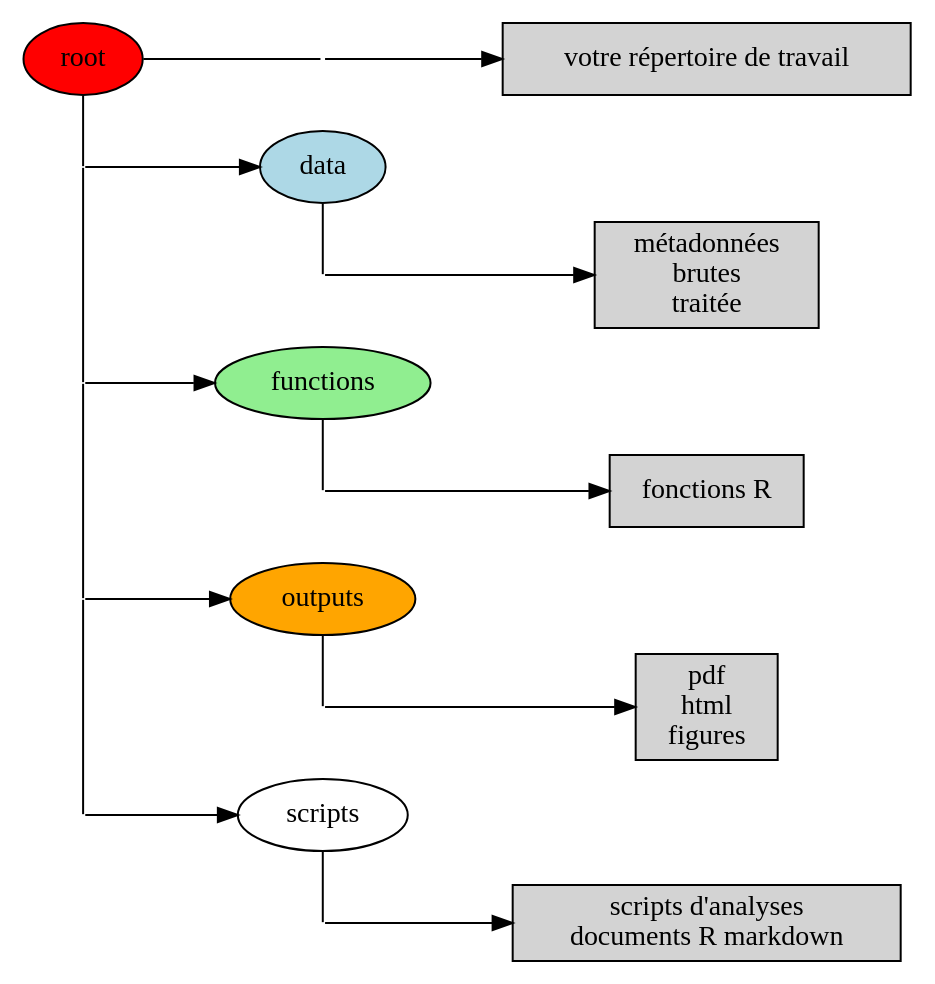
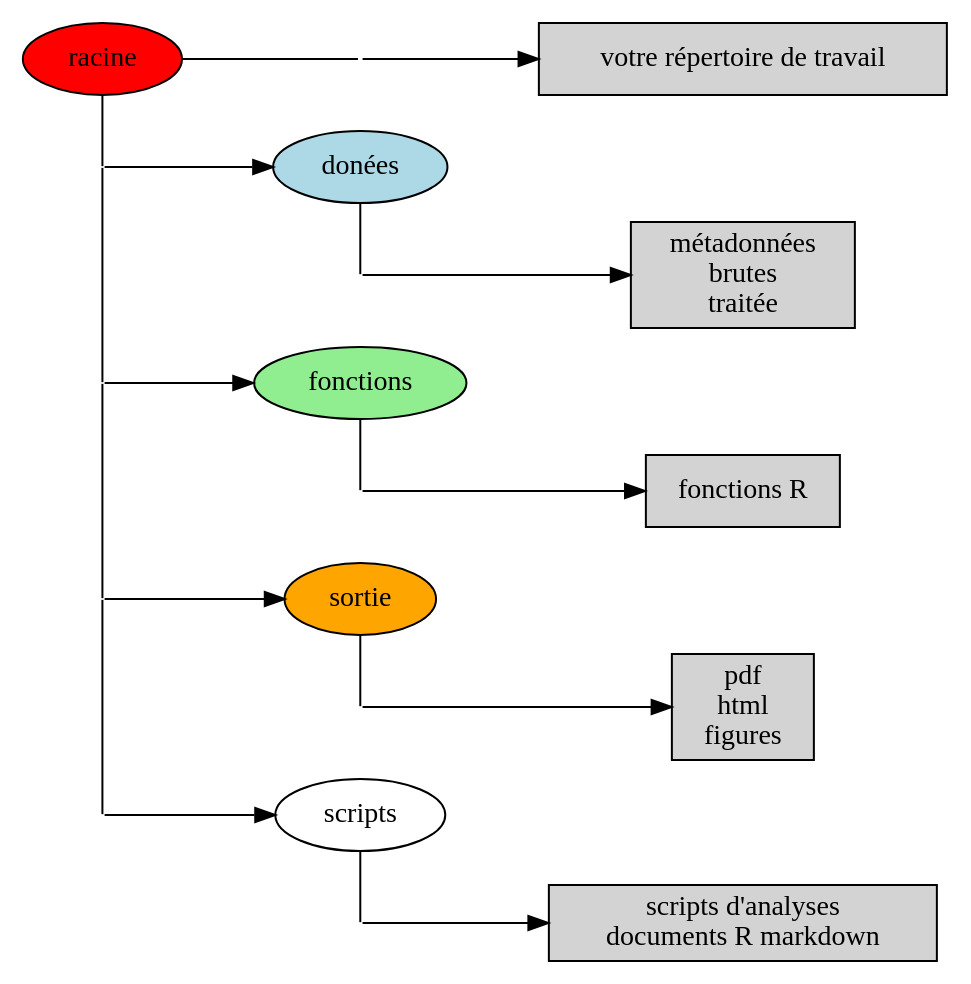
The diagram in 01-debut.qmd (Biostats-uOttawa/enfR), drawn with Graphviz before and after one commit.

Commit message:
correction diagramme partie 1.4

````diff
--- a/01-debut.qmd
+++ b/01-debut.qmd
@@ -387,74 +387,74 @@
 ```{dot}
 //| label: fig-dir-struc
 //| fig-cap: "Structure de répertoire recommandée pour des analyses sur R"
 //| fig-align: center
 
 digraph {
   rankdir=LR
   ranksep=0.5
   nodesep=0.5
   node [
     style = filled
     shape=oval
   ]
-  root [fillcolor="red"]
-  data [fillcolor="lightblue"]
-  functions [fillcolor="lightgreen"]
-  outputs [fillcolor="orange"]
-  scripts [fillcolor="white"]
+  root [label =  "racine", fillcolor="red"]
+  data [label =  "donées", fillcolor="lightblue"]
+  functions [label =  "fonctions", fillcolor="lightgreen"]
+  outputs [label =  "sortie", fillcolor="orange"]
+  scripts [label =  "scripts", fillcolor="white"]
 
   wd [label= "votre répertoire de travail", shape = rect]
   LOT1 [label= "métadonnées\n brutes\n traitée", shape = rect]
   LOT2 [label= "fonctions R", shape = rect]
   LOT4 [label= "scripts d'analyses\n documents R markdown", shape = rect]
   LOT3 [label = "pdf\n html\n figures", shape=rect]
 
   dot01 [shape=point width=0]
   root -> dot01 [arrowhead=none]
   dot01 -> wd [weight=20]
 
   {
     rank=same
     root
     dot1 [shape=point width=0]
     dot2 [shape=point width=0]
     dot3 [shape=point width=0]
     dot4 [shape=point width=0]
     root -> dot1 -> dot2 -> dot3 -> dot4 [arrowhead=none]
   }
 
   dot1 -> data [weight=20]
   {
     rank=same
     data
     dot21  [shape=point width=0]
     data -> dot21 [arrowhead=none]
   }
   dot21 -> LOT1 [weight=20]
   dot2 -> functions
   {
     rank=same
     functions
     dot22  [shape=point width=0]
     functions -> dot22 [arrowhead=none]
   }
   dot22 -> LOT2 [weight=20]
   dot3 -> outputs [weight=20]
   {
     rank=same
     outputs
     dot23 [shape=point width=0]
     outputs -> dot23 [arrowhead=none]
   }
   dot23 -> LOT3 [weight=20]
   
   dot4 -> scripts [weight=20]
   {
     rank=same
     scripts
     dot24 [shape=point width=0]
     scripts -> dot24 [arrowhead=none]
   }
   dot24 -> LOT4 [weight=20]
 }
 ```
````
